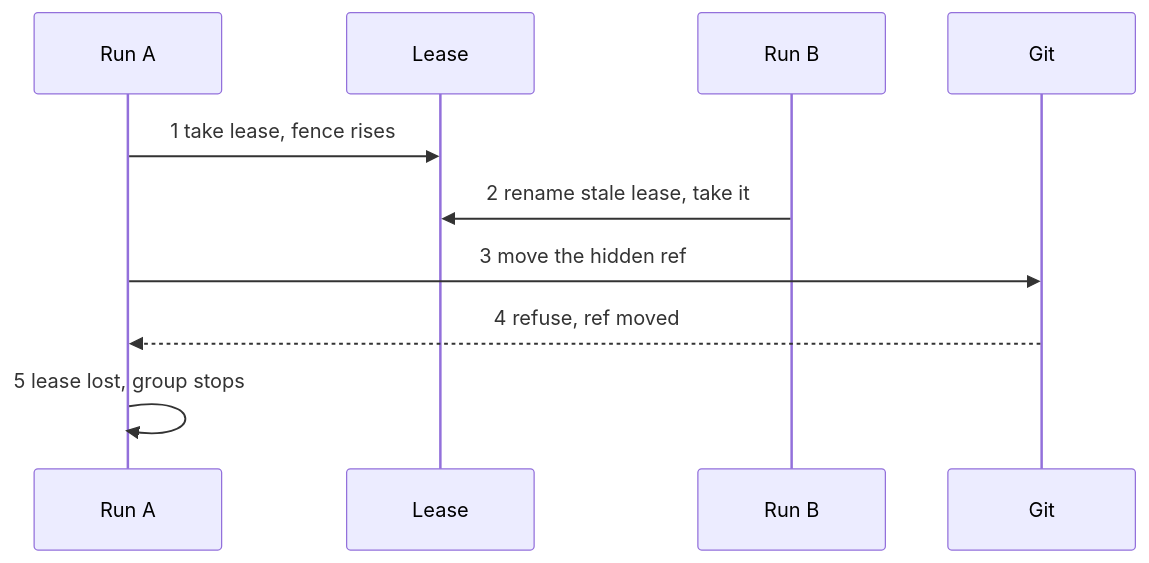
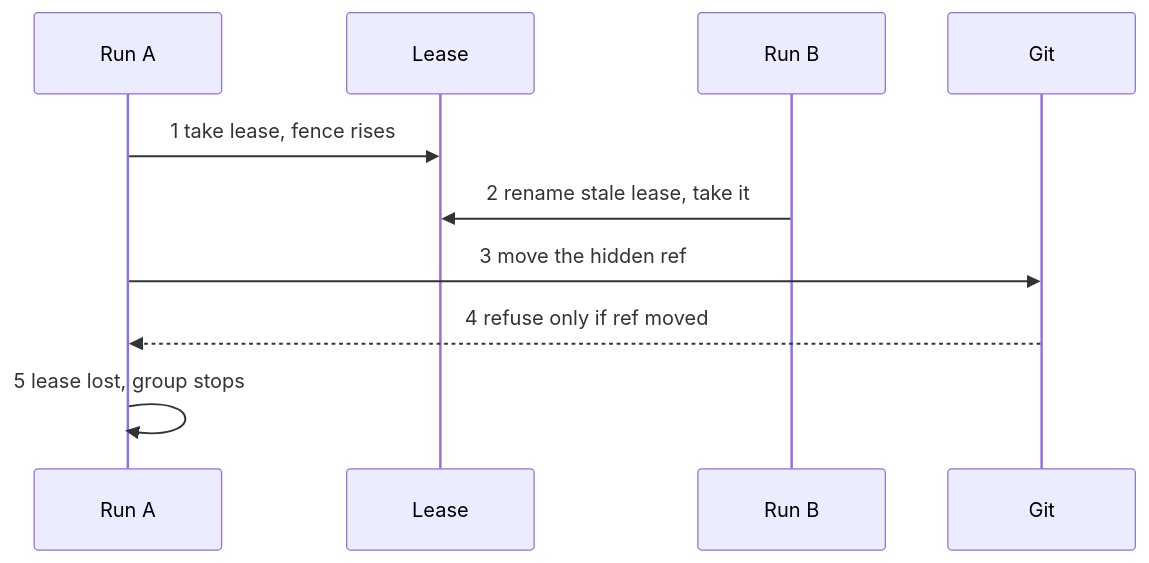
Before and after one commit to rdevitto86/komodo-agentic-harness-coding: diagram 14 of 45 in docs/hld.md, drawn with Mermaid. The commit also changed other lines of this file, not shown here.

````diff
--- a/docs/hld.md
+++ b/docs/hld.md
@@ -778,12 +779,12 @@
 ```mermaid
 sequenceDiagram
   participant A as Run A
   participant L as Lease
   participant B as Run B
   participant G as Git
   A->>L: 1 take lease, fence rises
   B->>L: 2 rename stale lease, take it
   A->>G: 3 move the hidden ref
-  G-->>A: 4 refuse, ref moved
+  G-->>A: 4 refuse only if ref moved
   A->>A: 5 lease lost, group stops
 ```
````
